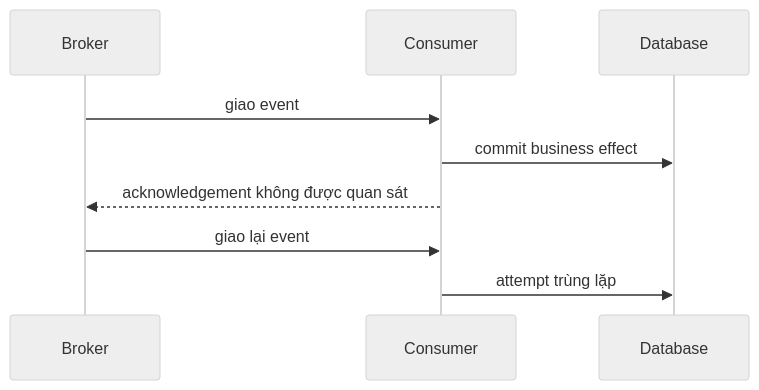
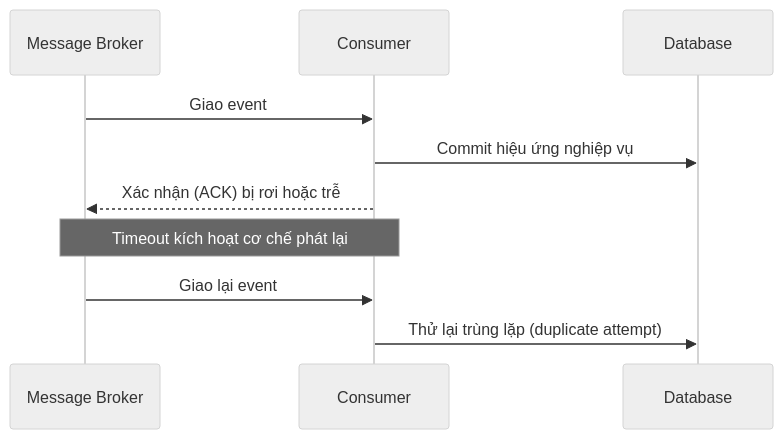
Before and after one commit to thucne/software-development-atlas: the second of 3 diagrams in content/docs/distributed-systems/delivery-semantics.vi.mdx, drawn with Mermaid (neutral theme). The commit also changed other lines of this file and 133 other files, not shown here.

````diff
--- a/content/docs/distributed-systems/delivery-semantics.vi.mdx
+++ b/content/docs/distributed-systems/delivery-semantics.vi.mdx
@@ -53,11 +59,12 @@
 ```mermaid
 sequenceDiagram
-  participant B as Broker
+  participant B as Message Broker
   participant C as Consumer
   participant D as Database
-  B->>C: giao event
-  C->>D: commit business effect
-  C-->>B: acknowledgement không được quan sát
-  B->>C: giao lại event
-  C->>D: attempt trùng lặp
+  B->>C: Giao event
+  C->>D: Commit hiệu ứng nghiệp vụ
+  C-->>B: Xác nhận (ACK) bị rơi hoặc trễ
+  Note over B,C: Timeout kích hoạt cơ chế phát lại
+  B->>C: Giao lại event
+  C->>D: Thử lại trùng lặp (duplicate attempt)
 ```
````
